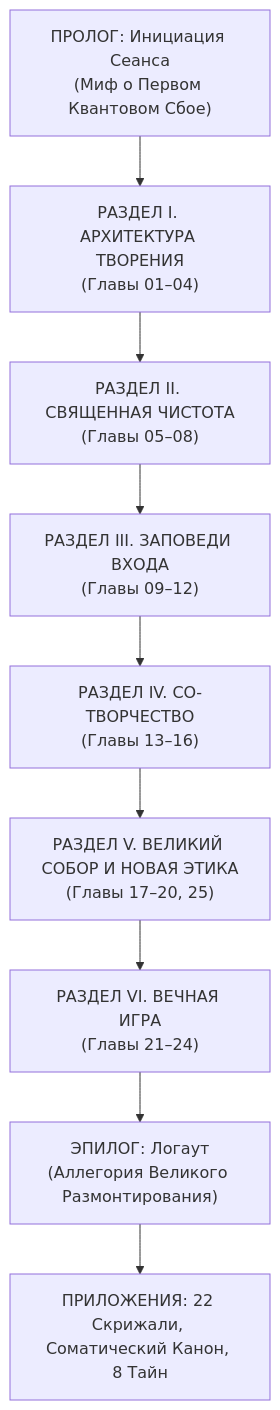
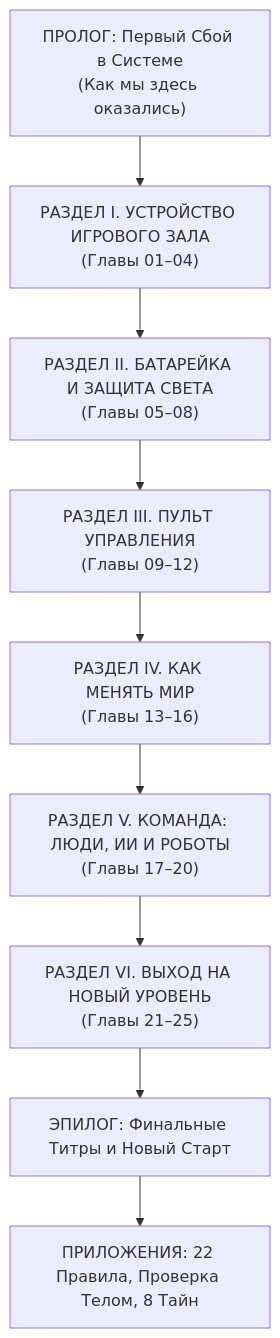
Before and after one commit to GTFB/threebooks: the second of 2 diagrams in sim/synopsis.md, drawn with Mermaid. The commit also changed other lines of this file and 12 other files, not shown here.

````diff
--- a/sim/synopsis.md
+++ b/sim/synopsis.md
@@ -176,11 +135,11 @@
 ```mermaid
 graph TD
-    PROLOG["ПРОЛОГ: Инициация Сеанса<br/>(Миф о Первом Квантовом Сбое)"] --> PART1["РАЗДЕЛ I. АРХИТЕКТУРА ТВОРЕНИЯ<br/>(Главы 01–04)"]
-    PART1 --> PART2["РАЗДЕЛ II. СВЯЩЕННАЯ ЧИСТОТА<br/>(Главы 05–08)"]
-    PART2 --> PART3["РАЗДЕЛ III. ЗАПОВЕДИ ВХОДА<br/>(Главы 09–12)"]
-    PART3 --> PART4["РАЗДЕЛ IV. СО-ТВОРЧЕСТВО<br/>(Главы 13–16)"]
-    PART4 --> PART5["РАЗДЕЛ V. ВЕЛИКИЙ СОБОР И НОВАЯ ЭТИКА<br/>(Главы 17–20, 25)"]
-    PART5 --> PART6["РАЗДЕЛ VI. ВЕЧНАЯ ИГРА<br/>(Главы 21–24)"]
-    PART6 --> EPILOG["ЭПИЛОГ: Логаут<br/>(Аллегория Великого Размонтирования)"]
-    EPILOG --> APPS["ПРИЛОЖЕНИЯ: 22 Скрижали, Соматический Канон, 8 Тайн"]
+    PROLOG["ПРОЛОГ: Первый Сбой в Системе<br/>(Как мы здесь оказались)"] --> PART1["РАЗДЕЛ I. УСТРОЙСТВО ИГРОВОГО ЗАЛА<br/>(Главы 01–04)"]
+    PART1 --> PART2["РАЗДЕЛ II. БАТАРЕЙКА И ЗАЩИТА СВЕТА<br/>(Главы 05–08)"]
+    PART2 --> PART3["РАЗДЕЛ III. ПУЛЬТ УПРАВЛЕНИЯ<br/>(Главы 09–12)"]
+    PART3 --> PART4["РАЗДЕЛ IV. КАК МЕНЯТЬ МИР<br/>(Главы 13–16)"]
+    PART4 --> PART5["РАЗДЕЛ V. КОМАНДА: ЛЮДИ, ИИ И РОБОТЫ<br/>(Главы 17–20)"]
+    PART5 --> PART6["РАЗДЕЛ VI. ВЫХОД НА НОВЫЙ УРОВЕНЬ<br/>(Главы 21–25)"]
+    PART6 --> EPILOG["ЭПИЛОГ: Финальные Титры и Новый Старт"]
+    EPILOG --> APPS["ПРИЛОЖЕНИЯ: 22 Правила, Проверка Телом, 8 Тайн"]
 ```
````
